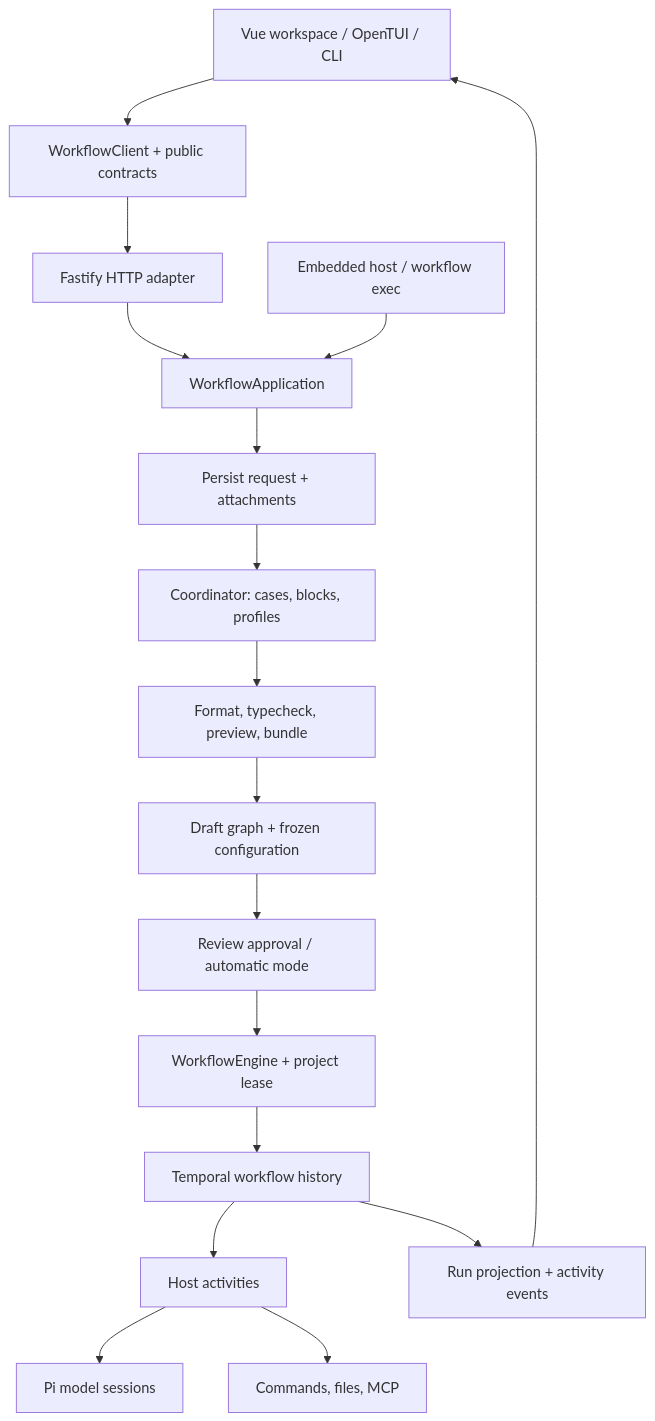
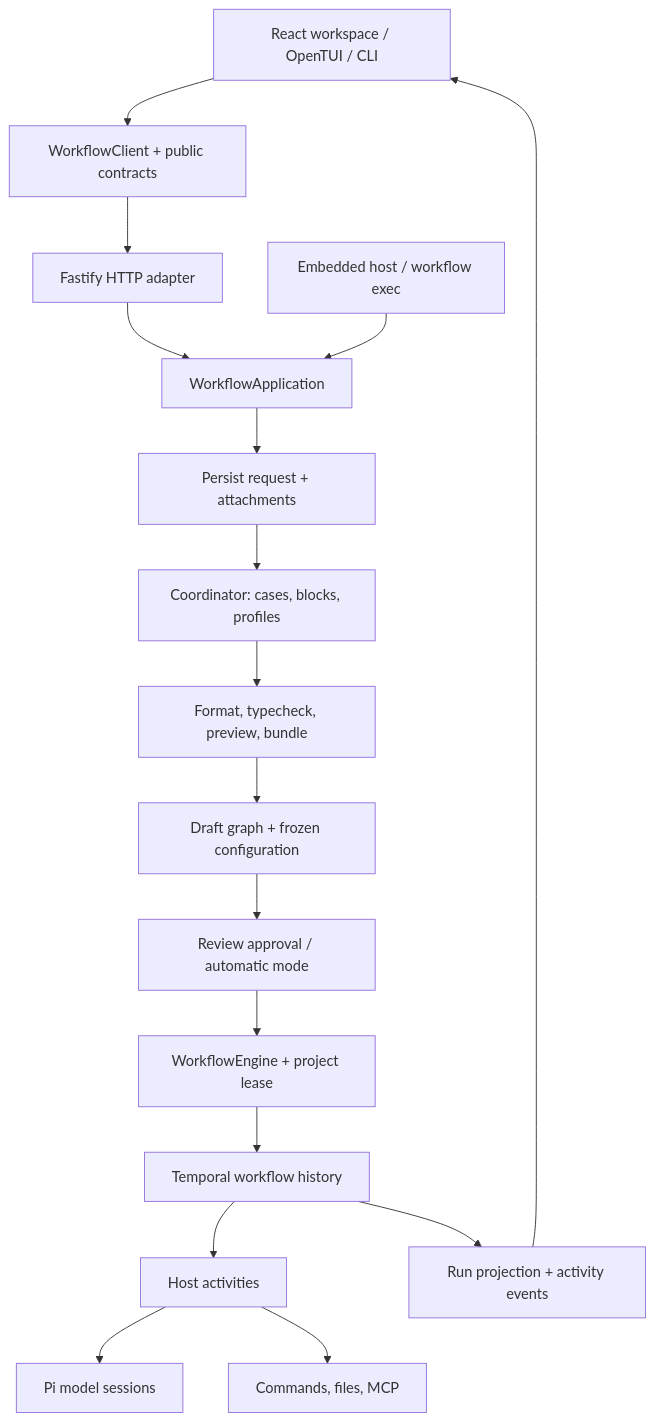
The diagram in docs/architecture.md (cjvnjde/workflow), drawn with Mermaid before and after one commit. The commit also changed other lines of this file and 189 other files, not shown here.

````diff
--- a/docs/architecture.md
+++ b/docs/architecture.md
@@ -9,19 +9,19 @@
 ```mermaid
 flowchart TD
-    UI["Vue workspace / OpenTUI / CLI"] --> Client["WorkflowClient + public contracts"]
+    UI["React workspace / OpenTUI / CLI"] --> Client["WorkflowClient + public contracts"]
     Client --> API["Fastify HTTP adapter"]
     API --> App["WorkflowApplication"]
     Direct["Embedded host / workflow exec"] --> App
     App --> Task["Persist request + attachments"]
     Task --> Planner["Coordinator: cases, blocks, profiles"]
     Planner --> Compiler["Format, typecheck, preview, bundle"]
     Compiler --> Draft["Draft graph + frozen configuration"]
     Draft --> Approval["Review approval / automatic mode"]
     Approval --> Engine["WorkflowEngine + project lease"]
     Engine --> Temporal["Temporal workflow history"]
     Temporal --> Activities["Host activities"]
     Activities --> Pi["Pi model sessions"]
     Activities --> Host["Commands, files, MCP"]
     Temporal --> Events["Run projection + activity events"]
     Events --> UI
 ```
````
